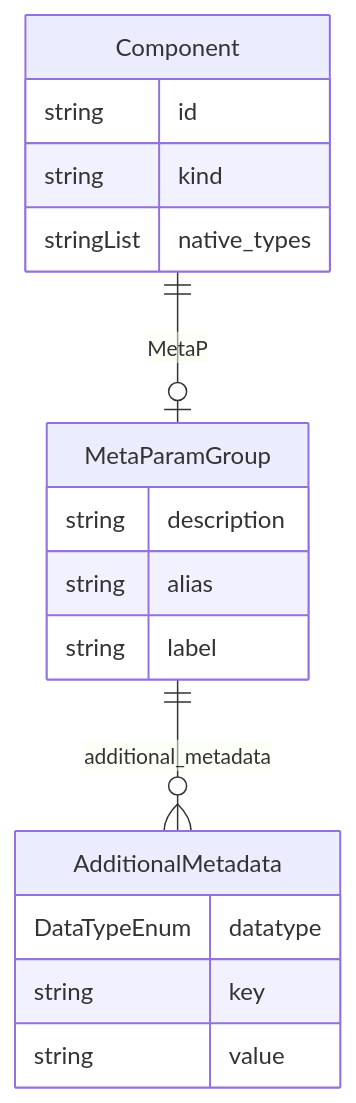
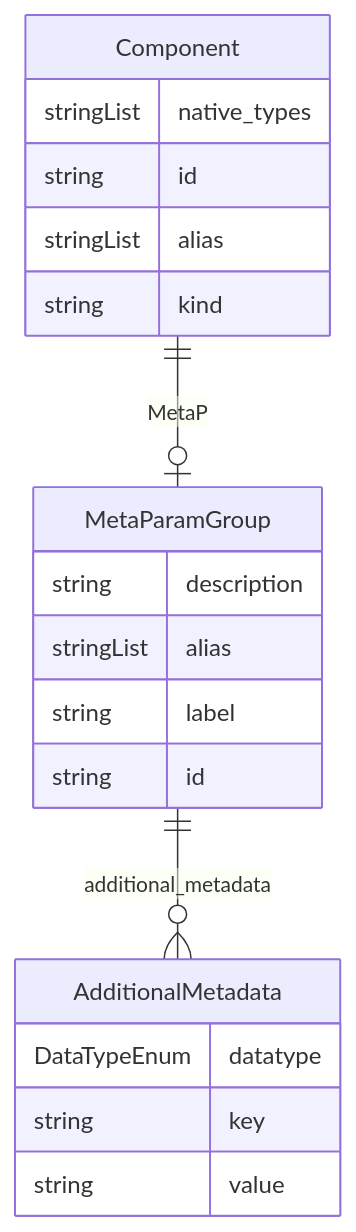
Before and after one commit to pals-project/pals-facility-config: the diagram in docs/elements/classes/Component.md, drawn with Mermaid. The commit also changed other lines of this file and 499 other files, not shown here.

````diff
--- a/docs/elements/classes/Component.md
+++ b/docs/elements/classes/Component.md
@@ -17,22 +17,24 @@
 ```mermaid
 erDiagram
 AdditionalMetadata {
     DataTypeEnum datatype  
     string key  
     string value  
 }
 Component {
+    stringList native_types  
     string id  
+    stringList alias  
     string kind  
-    stringList native_types  
 }
 MetaParamGroup {
     string description  
-    string alias  
+    stringList alias  
     string label  
+    string id  
 }
 
 Component ||--|o MetaParamGroup : "MetaP"
 MetaParamGroup ||--}o AdditionalMetadata : "additional_metadata"
 
 ```
````
